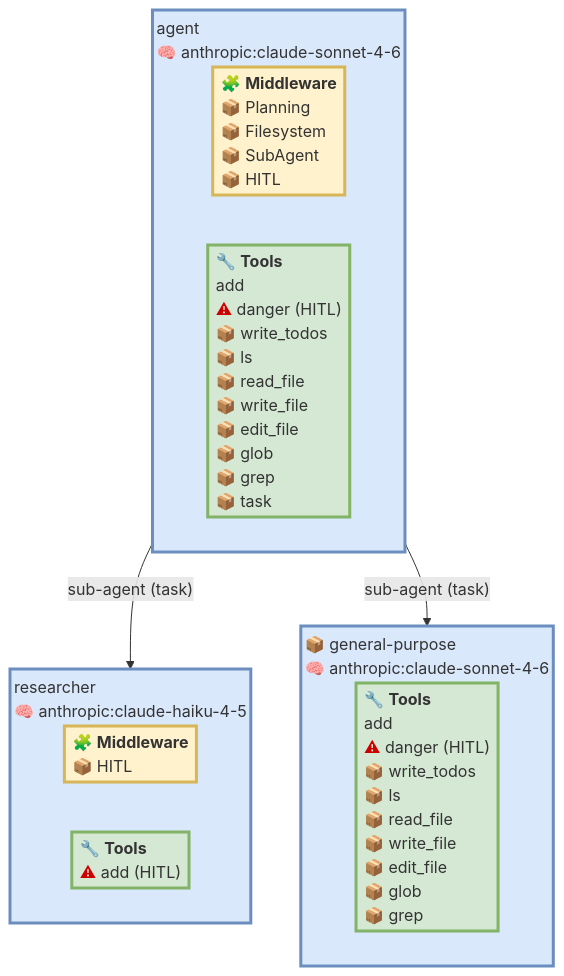
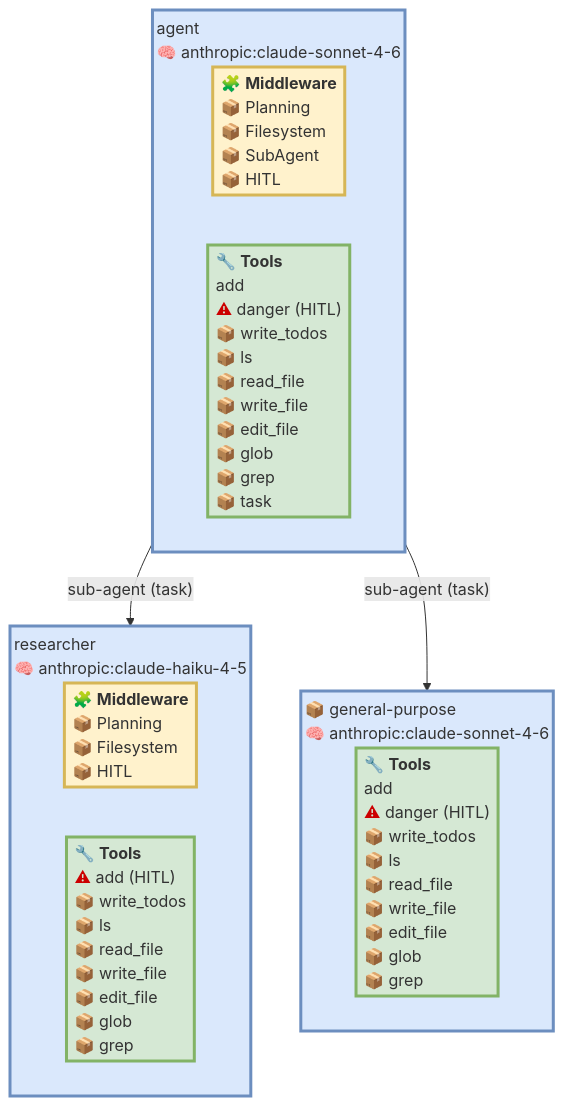
The first of 3 diagrams in examples.md (rvernica/deepagents-viz), drawn with Mermaid before and after one commit. The commit also changed other lines of this file and 2 other files, not shown here.

First line of the commit message:
Model the default subagent stack and gated built-in tools

````diff
--- a/examples.md
+++ b/examples.md
@@ -132,22 +132,22 @@
 ```mermaid
 %%{init: {'flowchart': {'subGraphTitleMargin': {'top': 6, 'bottom': 16}, 'padding': 4}}}%%
 graph TD
   classDef mwBox fill:#fff2cc,stroke:#d6b656,stroke-width:3px;
   classDef toolBox fill:#d5e8d4,stroke:#82b366,stroke-width:3px;
   subgraph agent["agent<br/>🧠 anthropic:claude-sonnet-4-6"]
     agent_mw["<div style='text-align:left'>🧩 <b>Middleware</b><br/>📦 Planning<br/>📦 Filesystem<br/>📦 SubAgent<br/>📦 HITL</div>"]:::mwBox
     agent_t["<div style='text-align:left'>🔧 <b>Tools</b><br/>add<br/><span style='color:#c00'>⚠</span> danger (HITL)<br/>📦 write_todos<br/>📦 ls<br/>📦 read_file<br/>📦 write_file<br/>📦 edit_file<br/>📦 glob<br/>📦 grep<br/>📦 task</div>"]:::toolBox
   end
   agent -->|"sub-agent (task)"| researcher
   subgraph researcher["researcher<br/>🧠 anthropic:claude-haiku-4-5"]
-    researcher_mw["<div style='text-align:left'>🧩 <b>Middleware</b><br/>📦 HITL</div>"]:::mwBox
-    researcher_t["<div style='text-align:left'>🔧 <b>Tools</b><br/><span style='color:#c00'>⚠</span> add (HITL)</div>"]:::toolBox
+    researcher_mw["<div style='text-align:left'>🧩 <b>Middleware</b><br/>📦 Planning<br/>📦 Filesystem<br/>📦 HITL</div>"]:::mwBox
+    researcher_t["<div style='text-align:left'>🔧 <b>Tools</b><br/><span style='color:#c00'>⚠</span> add (HITL)<br/>📦 write_todos<br/>📦 ls<br/>📦 read_file<br/>📦 write_file<br/>📦 edit_file<br/>📦 glob<br/>📦 grep</div>"]:::toolBox
   end
   agent -->|"sub-agent (task)"| general_purpose
   subgraph general_purpose["📦 general-purpose<br/>🧠 anthropic:claude-sonnet-4-6"]
     general_purpose_t["<div style='text-align:left'>🔧 <b>Tools</b><br/>add<br/><span style='color:#c00'>⚠</span> danger (HITL)<br/>📦 write_todos<br/>📦 ls<br/>📦 read_file<br/>📦 write_file<br/>📦 edit_file<br/>📦 glob<br/>📦 grep</div>"]:::toolBox
   end
   style agent fill:#dae8fc,stroke:#6c8ebf,stroke-width:3px;
   style researcher fill:#dae8fc,stroke:#6c8ebf,stroke-width:3px;
   style general_purpose fill:#dae8fc,stroke:#6c8ebf,stroke-width:3px;
 ```
````
